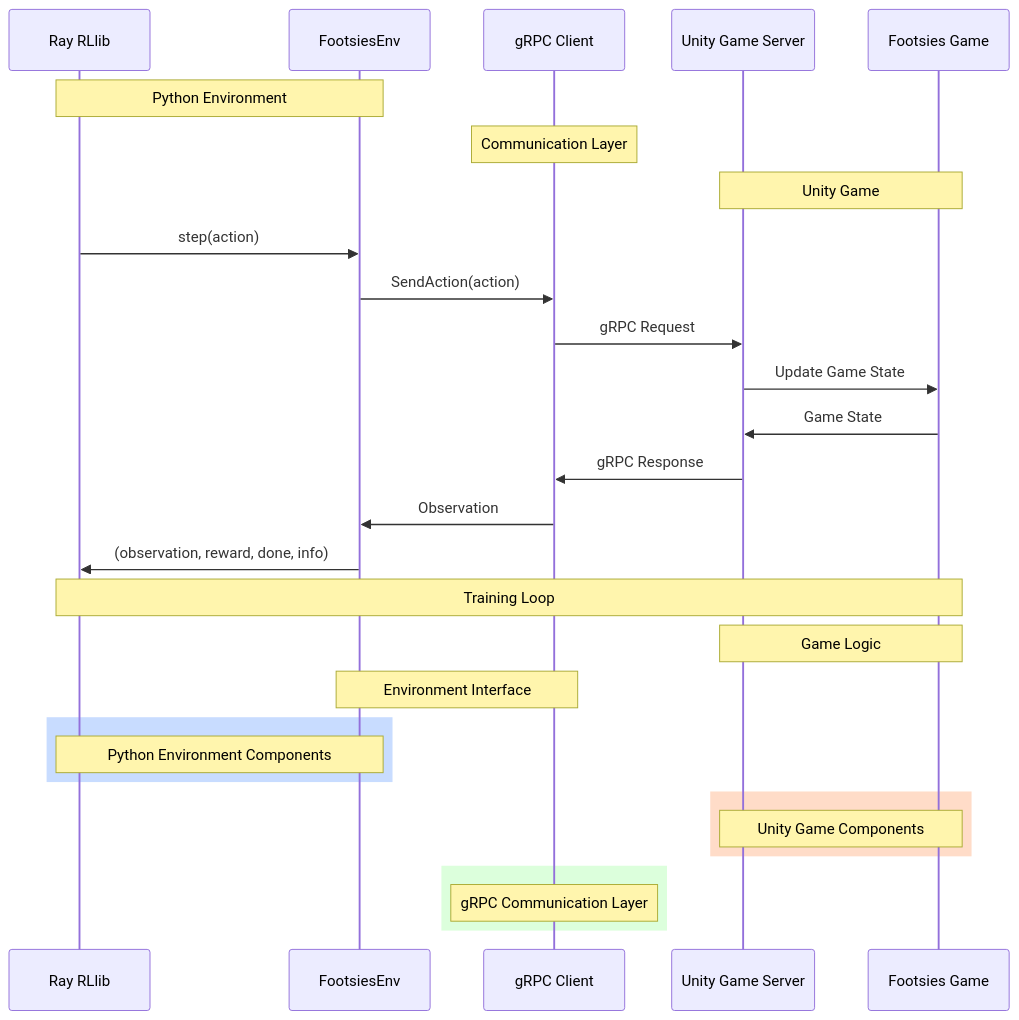
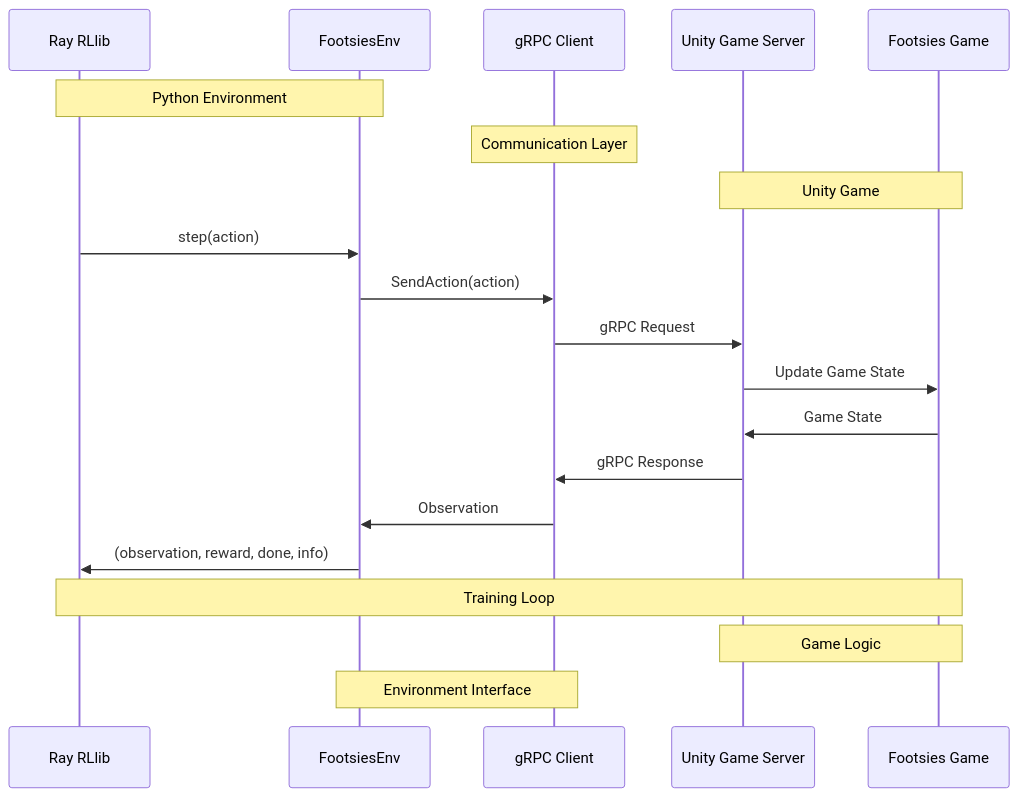
Before and after one commit to chasemcd/FootsiesGym: the diagram in README.md, drawn with Mermaid.

Commit message:
remove color blocks from readme diagram

````diff
--- a/README.md
+++ b/README.md
@@ -10,35 +10,27 @@
 ```mermaid
 sequenceDiagram
     participant RLlib as Ray RLlib
     participant Env as FootsiesEnv
     participant gRPC as gRPC Client
     participant Server as Unity Game Server
     participant Game as Footsies Game
 
     Note over RLlib,Env: Python Environment
     Note over gRPC: Communication Layer
     Note over Server,Game: Unity Game
 
     RLlib->>Env: step(action)
     Env->>gRPC: SendAction(action)
     gRPC->>Server: gRPC Request
     Server->>Game: Update Game State
     Game->>Server: Game State
     Server->>gRPC: gRPC Response
     gRPC->>Env: Observation
     Env->>RLlib: (observation, reward, done, info)
 
     Note over RLlib,Game: Training Loop
     Note over Server,Game: Game Logic
     Note over Env,gRPC: Environment Interface
 
-    rect rgb(200, 220, 255)
-        Note over RLlib,Env: Python Environment Components
-    end
-    rect rgb(255, 220, 200)
-        Note over Server,Game: Unity Game Components
-    end
-    rect rgb(220, 255, 220)
-        Note over gRPC: gRPC Communication Layer
-    end
+
 ```
````
